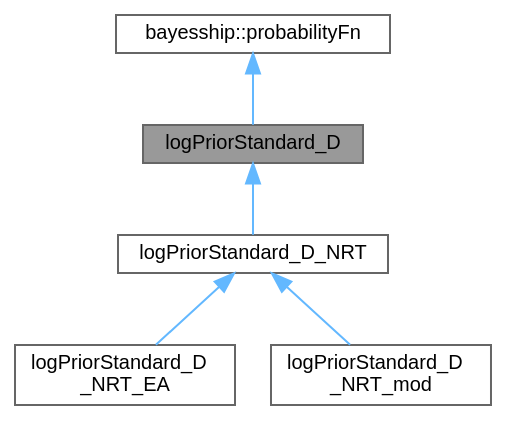
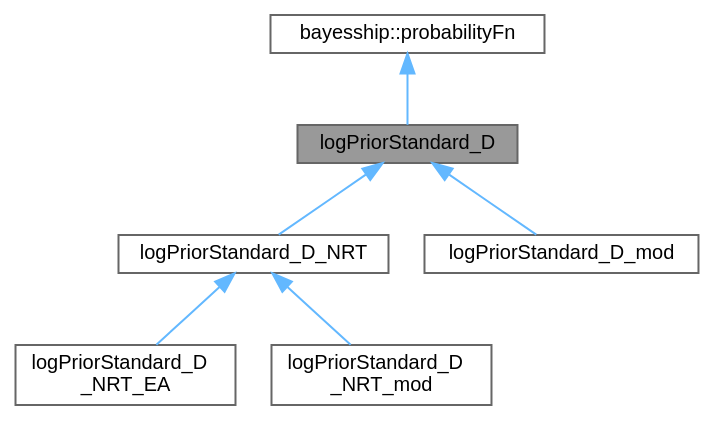
One commit to scottperkins/gw_analysis_tools changed the diagram in classlogPriorStandard__D__inherit__graph.dot. Above: the diagram before and after it, drawn with Graphviz. The commit also changed 363 other files, not shown here.

```diff
--- a/classlogPriorStandard__D__inherit__graph.dot
+++ b/classlogPriorStandard__D__inherit__graph.dot
@@ -1,16 +1,18 @@
 digraph "logPriorStandard_D"
 {
  // LATEX_PDF_SIZE
   bgcolor="transparent";
   edge [fontname=Helvetica,fontsize=10,labelfontname=Helvetica,labelfontsize=10];
   node [fontname=Helvetica,fontsize=10,shape=box,height=0.2,width=0.4];
   Node1 [label="logPriorStandard_D",height=0.2,width=0.4,color="gray40", fillcolor="grey60", style="filled", fontcolor="black",tooltip=" "];
   Node2 -> Node1 [dir="back",color="steelblue1",style="solid"];
   Node2 [label="bayesship::probabilityFn",height=0.2,width=0.4,color="gray40", fillcolor="white", style="filled",tooltip=" "];
   Node1 -> Node3 [dir="back",color="steelblue1",style="solid"];
   Node3 [label="logPriorStandard_D_NRT",height=0.2,width=0.4,color="gray40", fillcolor="white", style="filled",URL="$classlogPriorStandard__D__NRT.html",tooltip=" "];
   Node3 -> Node4 [dir="back",color="steelblue1",style="solid"];
   Node4 [label="logPriorStandard_D\l_NRT_EA",height=0.2,width=0.4,color="gray40", fillcolor="white", style="filled",URL="$classlogPriorStandard__D__NRT__EA.html",tooltip=" "];
   Node3 -> Node5 [dir="back",color="steelblue1",style="solid"];
   Node5 [label="logPriorStandard_D\l_NRT_mod",height=0.2,width=0.4,color="gray40", fillcolor="white", style="filled",URL="$classlogPriorStandard__D__NRT__mod.html",tooltip=" "];
+  Node1 -> Node6 [dir="back",color="steelblue1",style="solid"];
+  Node6 [label="logPriorStandard_D_mod",height=0.2,width=0.4,color="gray40", fillcolor="white", style="filled",URL="$classlogPriorStandard__D__mod.html",tooltip=" "];
 }
```
